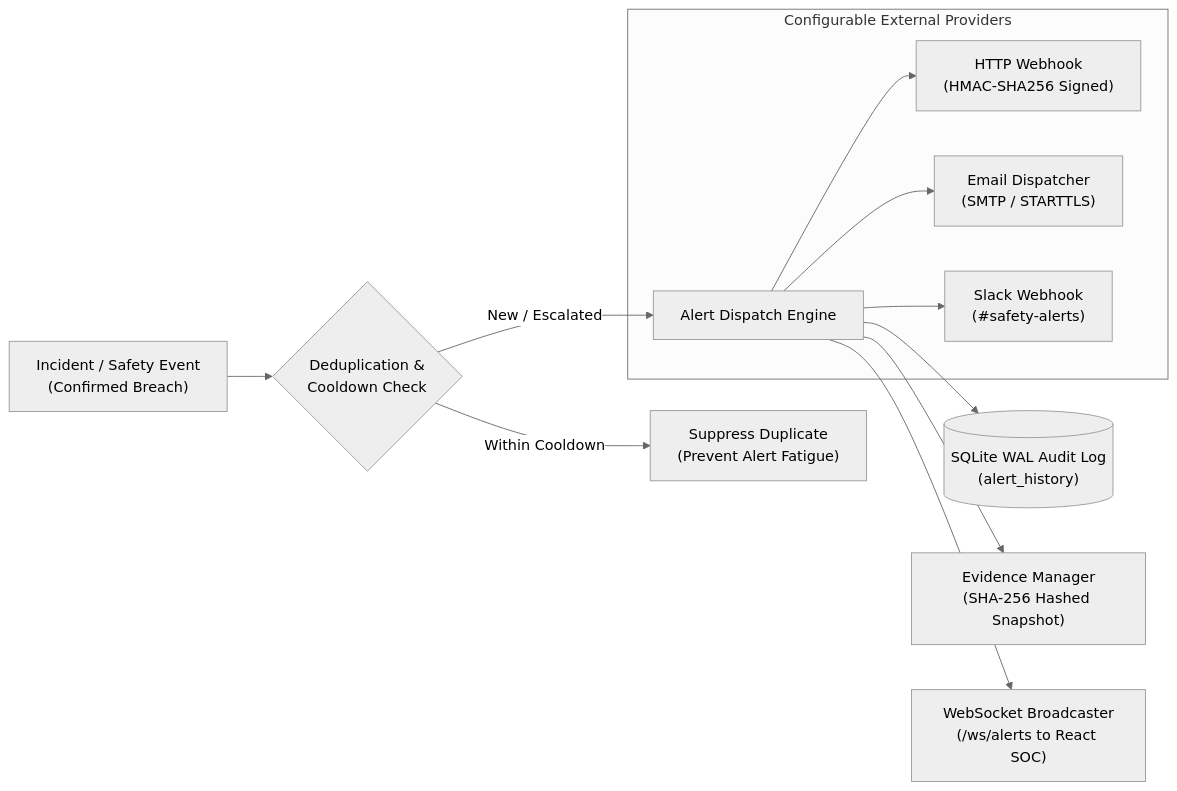
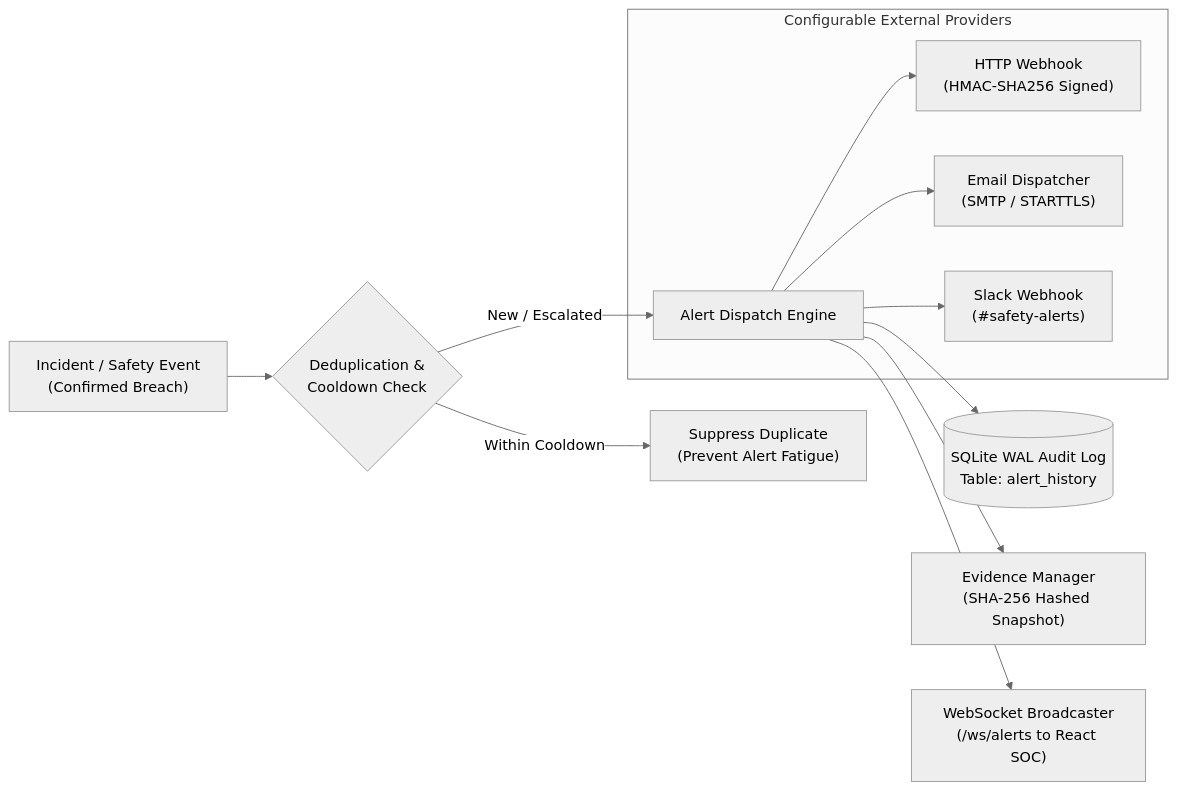
One commit to SMRU08/SafeSync changed the seventh of 8 diagrams in README.md. Above: the diagram before and after it, drawn with Mermaid (neutral theme). The commit also changed other lines of this file, not shown here.

Commit message:
fix(readme): resolve subgraph scoping and syntax in System Architecture diagram

````diff
--- a/README.md
+++ b/README.md
@@ -361,18 +385,18 @@
 ```mermaid
 flowchart LR
     INC["Incident / Safety Event<br>(Confirmed Breach)"] --> DEDUP{"Deduplication &<br>Cooldown Check"}
     
     DEDUP -- "Within Cooldown" --> SUPPRESS["Suppress Duplicate<br>(Prevent Alert Fatigue)"]
     
     DEDUP -- "New / Escalated" --> FANOUT["Alert Dispatch Engine"]
     
-    FANOUT --> DB[("SQLite WAL Audit Log<br>(alert_history)")]
+    FANOUT --> DB[("SQLite WAL Audit Log<br>Table: alert_history")]
     FANOUT --> EV["Evidence Manager<br>(SHA-256 Hashed Snapshot)"]
     FANOUT --> WS["WebSocket Broadcaster<br>(/ws/alerts to React SOC)"]
     
     subgraph EXT["Configurable External Providers"]
         FANOUT --> WH["HTTP Webhook<br>(HMAC-SHA256 Signed)"]
         FANOUT --> SMTP["Email Dispatcher<br>(SMTP / STARTTLS)"]
         FANOUT --> SLACK["Slack Webhook<br>(#safety-alerts)"]
     end
 ```
````
